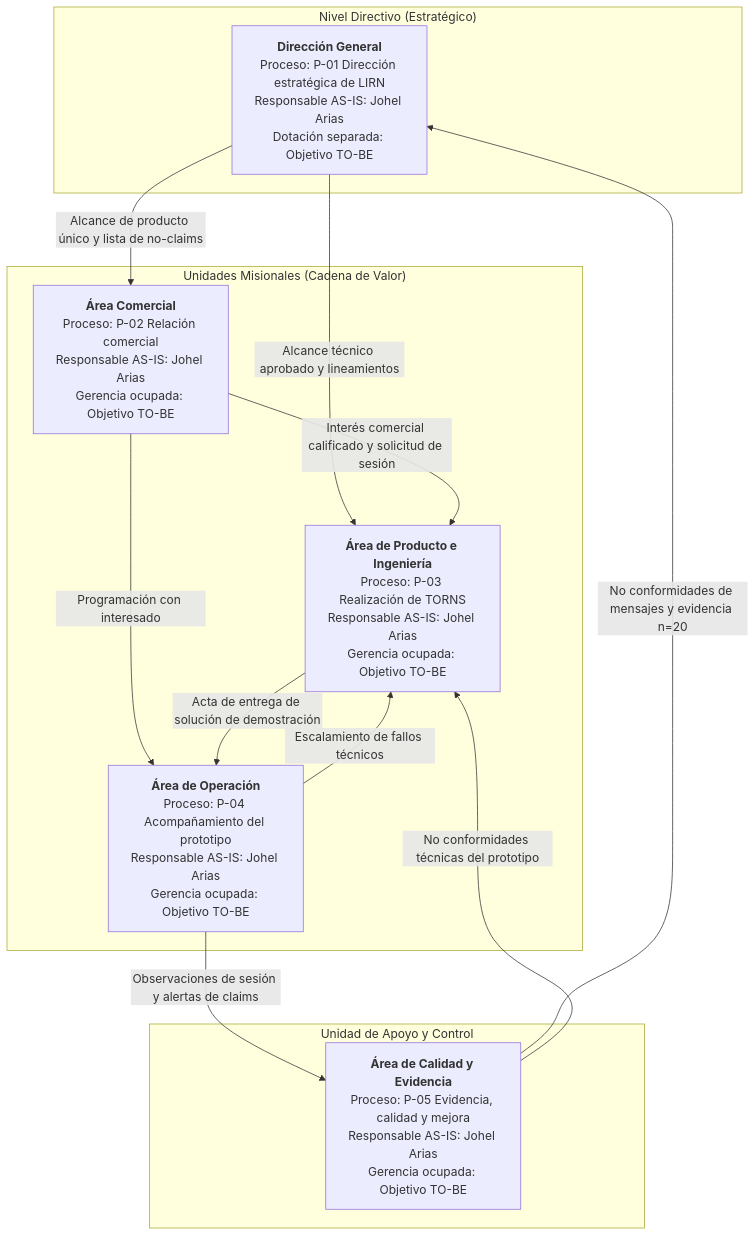
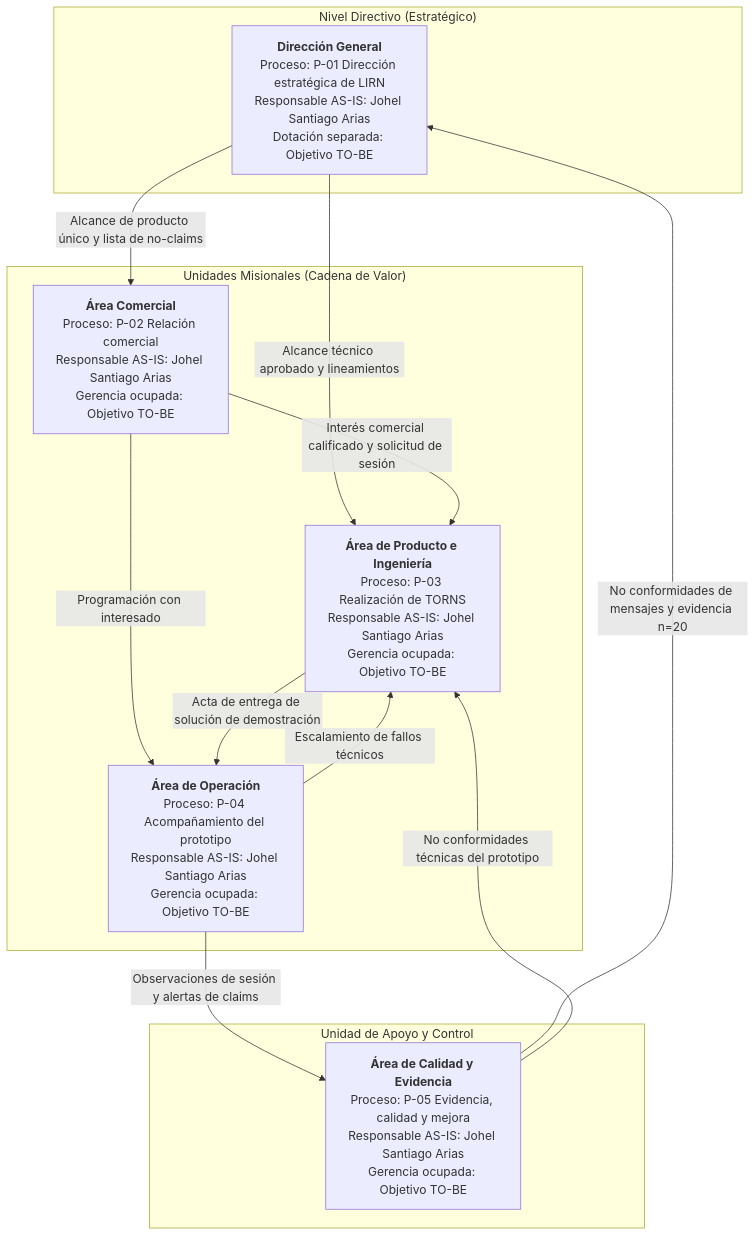
The diagram in docs/ae-final-project/ondas/M1-negocio/complementos/imagenes/mmd/02-2.mmd (5arSanti/tro-launcher), drawn with Mermaid before and after one commit. The commit also changed 43 other files, not shown here.

```diff
--- a/docs/ae-final-project/ondas/M1-negocio/complementos/imagenes/mmd/02-2.mmd
+++ b/docs/ae-final-project/ondas/M1-negocio/complementos/imagenes/mmd/02-2.mmd
@@ -1,24 +1,24 @@
 flowchart TB
     subgraph DIR["Nivel Directivo (Estratégico)"]
-        A1["<b>Dirección General</b><br/>Proceso: P-01 Dirección estratégica de LIRN<br/>Responsable AS-IS: Johel Arias<br/>Dotación separada: Objetivo TO-BE"]
+        A1["<b>Dirección General</b><br/>Proceso: P-01 Dirección estratégica de LIRN<br/>Responsable AS-IS: Johel Santiago Arias<br/>Dotación separada: Objetivo TO-BE"]
     end
 
     subgraph MIS["Unidades Misionales (Cadena de Valor)"]
-        A2["<b>Área Comercial</b><br/>Proceso: P-02 Relación comercial<br/>Responsable AS-IS: Johel Arias<br/>Gerencia ocupada: Objetivo TO-BE"]
-        A3["<b>Área de Producto e Ingeniería</b><br/>Proceso: P-03 Realización de TORNS<br/>Responsable AS-IS: Johel Arias<br/>Gerencia ocupada: Objetivo TO-BE"]
-        A4["<b>Área de Operación</b><br/>Proceso: P-04 Acompañamiento del prototipo<br/>Responsable AS-IS: Johel Arias<br/>Gerencia ocupada: Objetivo TO-BE"]
+        A2["<b>Área Comercial</b><br/>Proceso: P-02 Relación comercial<br/>Responsable AS-IS: Johel Santiago Arias<br/>Gerencia ocupada: Objetivo TO-BE"]
+        A3["<b>Área de Producto e Ingeniería</b><br/>Proceso: P-03 Realización de TORNS<br/>Responsable AS-IS: Johel Santiago Arias<br/>Gerencia ocupada: Objetivo TO-BE"]
+        A4["<b>Área de Operación</b><br/>Proceso: P-04 Acompañamiento del prototipo<br/>Responsable AS-IS: Johel Santiago Arias<br/>Gerencia ocupada: Objetivo TO-BE"]
     end
 
     subgraph APO["Unidad de Apoyo y Control"]
-        A5["<b>Área de Calidad y Evidencia</b><br/>Proceso: P-05 Evidencia, calidad y mejora<br/>Responsable AS-IS: Johel Arias<br/>Gerencia ocupada: Objetivo TO-BE"]
+        A5["<b>Área de Calidad y Evidencia</b><br/>Proceso: P-05 Evidencia, calidad y mejora<br/>Responsable AS-IS: Johel Santiago Arias<br/>Gerencia ocupada: Objetivo TO-BE"]
     end
 
     A1 -->|"Alcance de producto único y lista de no-claims"| A2
     A1 -->|"Alcance técnico aprobado y lineamientos"| A3
     A2 -->|"Interés comercial calificado y solicitud de sesión"| A3
     A2 -->|"Programación con interesado"| A4
     A3 -->|"Acta de entrega de solución de demostración"| A4
     A4 -->|"Escalamiento de fallos técnicos"| A3
     A4 -->|"Observaciones de sesión y alertas de claims"| A5
     A5 -->|"No conformidades de mensajes y evidencia n=20"| A1
     A5 -->|"No conformidades técnicas del prototipo"| A3
```
